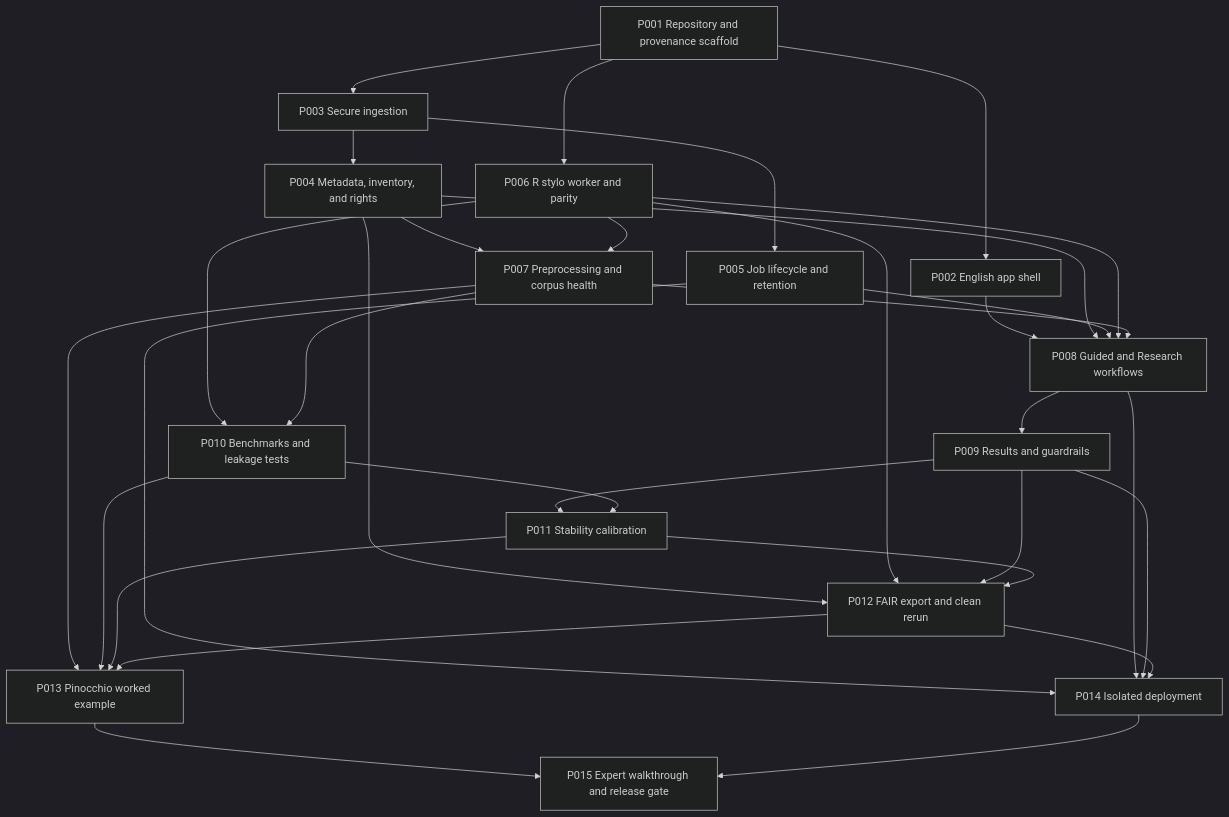
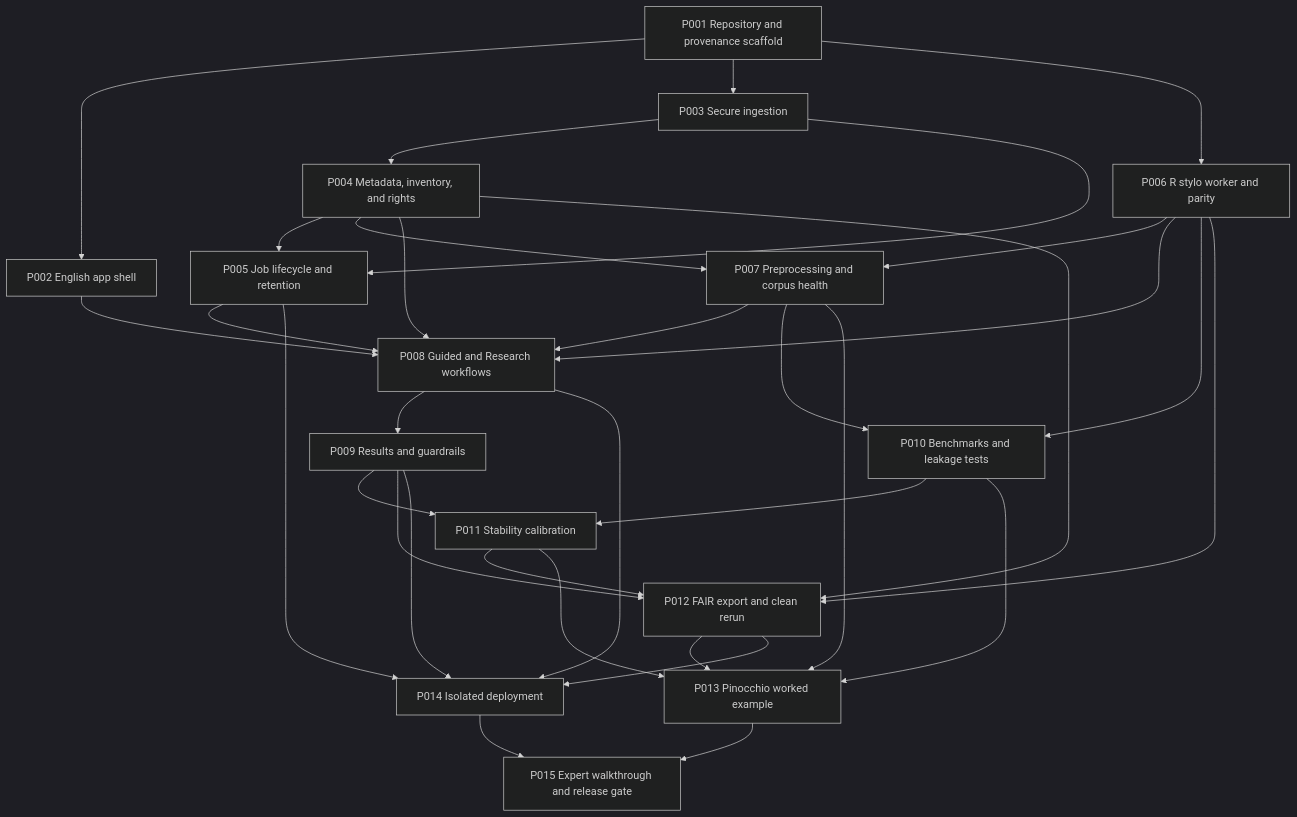
One commit to oguzkoran-max/delta.lemmata.app changed the diagram in docs/development/roadmap-P001-P015.md. Above: the diagram before and after it, drawn with Mermaid (dark theme). The commit also changed other lines of this file and 13 other files, not shown here.

````diff
--- a/docs/development/roadmap-P001-P015.md
+++ b/docs/development/roadmap-P001-P015.md
@@ -41,34 +41,35 @@
 ```mermaid
 flowchart TD
     P001["P001 Repository and provenance scaffold"] --> P002["P002 English app shell"]
     P001 --> P003["P003 Secure ingestion"]
     P001 --> P006["P006 R stylo worker and parity"]
     P003 --> P004["P004 Metadata, inventory, and rights"]
     P003 --> P005["P005 Job lifecycle and retention"]
+    P004 --> P005
     P004 --> P007["P007 Preprocessing and corpus health"]
     P006 --> P007
     P002 --> P008["P008 Guided and Research workflows"]
     P004 --> P008
     P005 --> P008
     P006 --> P008
     P007 --> P008
     P008 --> P009["P009 Results and guardrails"]
     P006 --> P010["P010 Benchmarks and leakage tests"]
     P007 --> P010
     P009 --> P011["P011 Stability calibration"]
     P010 --> P011
     P004 --> P012["P012 FAIR export and clean rerun"]
     P006 --> P012
     P009 --> P012
     P011 --> P012
     P007 --> P013["P013 Pinocchio worked example"]
     P010 --> P013
     P011 --> P013
     P012 --> P013
     P005 --> P014["P014 Isolated deployment"]
     P008 --> P014
     P009 --> P014
     P012 --> P014
     P013 --> P015["P015 Expert walkthrough and release gate"]
     P014 --> P015
 ```
````
